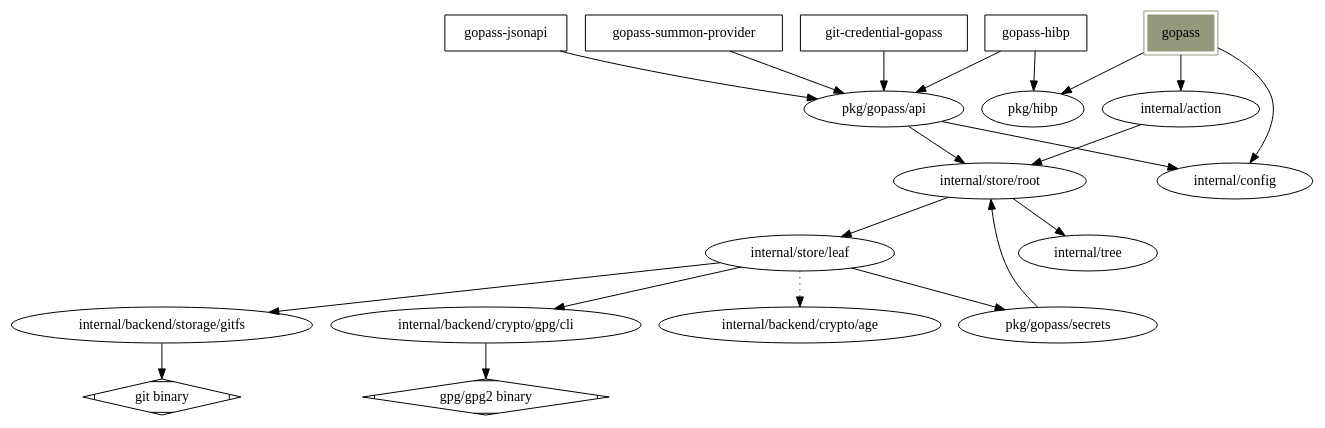
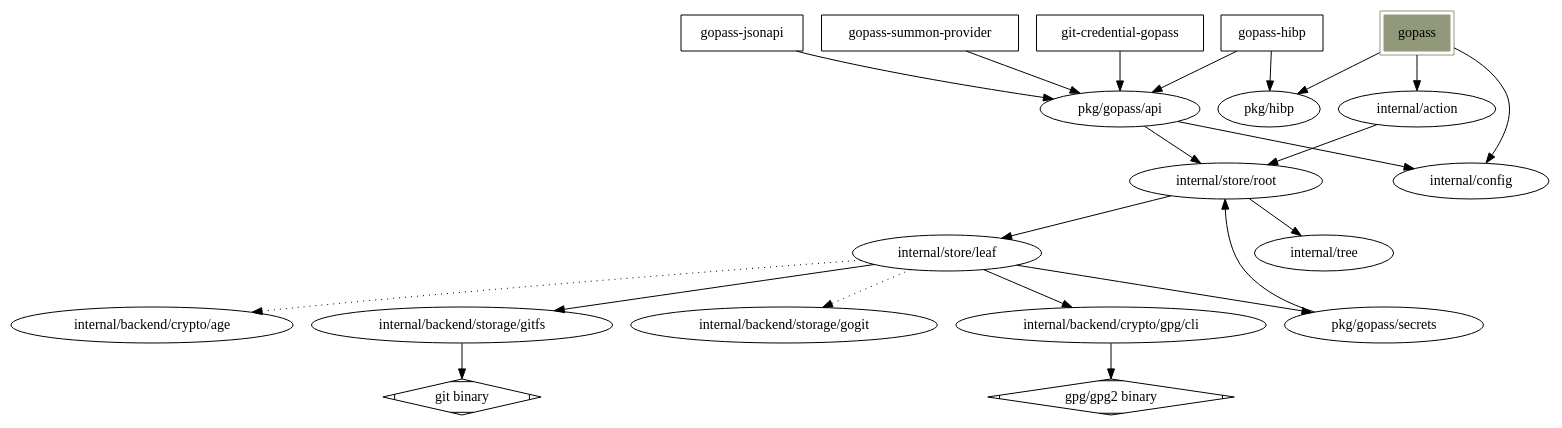
One commit to gopasspw/gopass changed the diagram in docs/components.dot. Above: the diagram before and after it, drawn with Graphviz. The commit also changed 41 other files, not shown here.

First line of the commit message:
feat(backend): add pure-Go go-git storage backend (#3657)

```diff
--- a/docs/components.dot
+++ b/docs/components.dot
@@ -1,40 +1,42 @@
 digraph G {
   gopass [shape=box,style=filled,color=".2 .2 .6",peripheries=2];
   gopass -> action;
   action [label="internal/action"];
   action -> root;
   root [label="internal/store/root"];
   root -> leaf;
   root -> tree;
   tree [label="internal/tree"];
   leaf [label="internal/store/leaf"];
   leaf -> gitfs;
   gitfs [label="internal/backend/storage/gitfs"];
   gitfs -> gitcli;
   gitcli [label="git binary",shape=Mdiamond];
+  leaf -> gogit [style="dotted"];
+  gogit [label="internal/backend/storage/gogit"];
   leaf -> gpg;
   gpg [label="internal/backend/crypto/gpg/cli"];
   leaf -> age [style="dotted"];
   age [label="internal/backend/crypto/age"];
   gpg -> gpgcli;
   gpgcli [label="gpg/gpg2 binary",shape=Mdiamond];
   leaf -> secret;
   secret [label="pkg/gopass/secrets"];
   secret -> root;
   jsonapi [label="gopass-jsonapi",shape=box];
   jsonapi -> api;
   api [label="pkg/gopass/api"];
   api -> root;
   api -> config;
   gopass -> config;
   config [label="internal/config"];
   summon -> api;
   summon [label="gopass-summon-provider",shape=box];
   hibp -> api;
   hibp [label="gopass-hibp",shape=box];
   hibp -> pkghibp;
   gopass -> pkghibp;
   pkghibp [label="pkg/hibp"];
   gitcreds -> api;
   gitcreds [label="git-credential-gopass",shape=box];
 }
```
